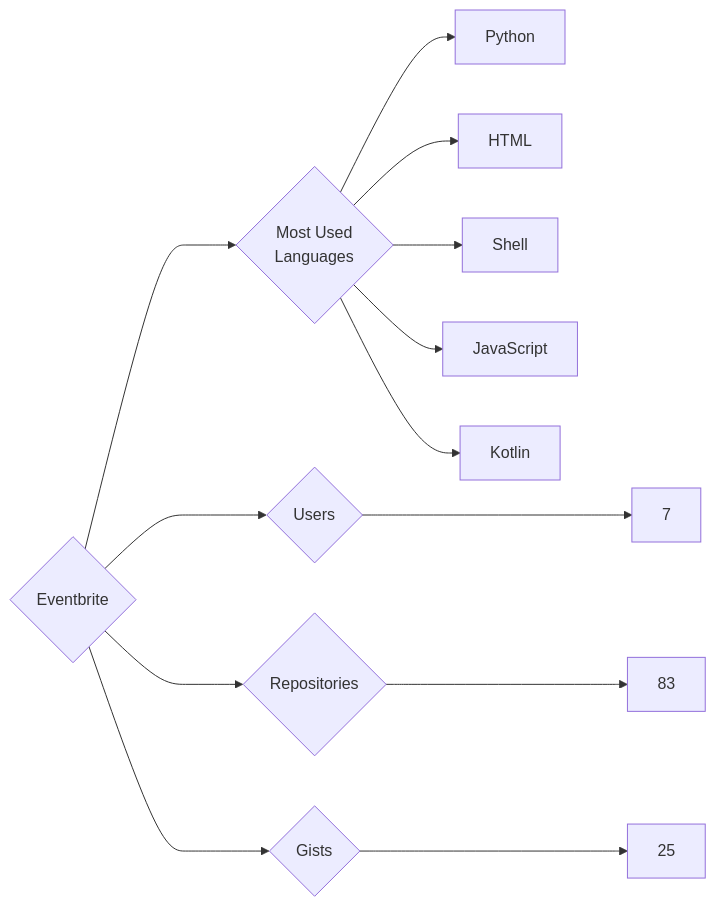
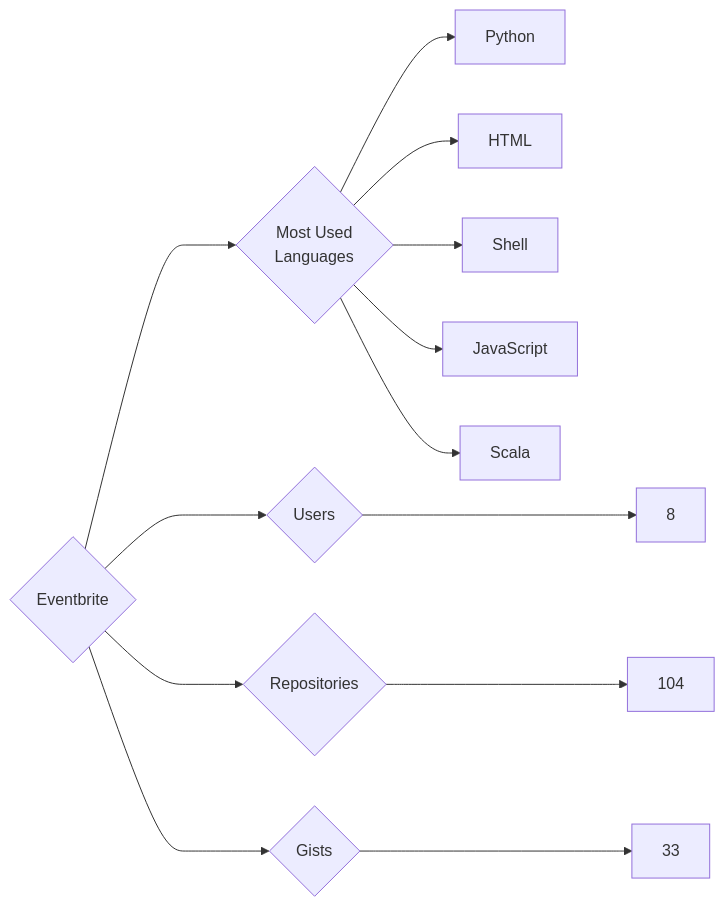
One commit to trickest/insiders changed the diagram in targets/Eventbrite/README.md. Above: the diagram before and after it, drawn with Mermaid. The commit also changed 1055 other files, not shown here.

````diff
--- a/targets/Eventbrite/README.md
+++ b/targets/Eventbrite/README.md
@@ -3,13 +3,13 @@
 ```mermaid
 graph LR
 COMPANY_NAME{Eventbrite}
-COMPANY_NAME ---> U{Users} ---> UN[7]
-COMPANY_NAME ---> R{Repositories} ---> RN[83]
-COMPANY_NAME ---> G{Gists} ---> GN[25]
+COMPANY_NAME ---> U{Users} ---> UN[8]
+COMPANY_NAME ---> R{Repositories} ---> RN[104]
+COMPANY_NAME ---> G{Gists} ---> GN[33]
 COMPANY_NAME ---> ML{Most Used<br>Languages}
 ML --> Python[Python]
 ML --> HTML[HTML]
 ML --> Shell[Shell]
 ML --> JavaScript[JavaScript]
-ML --> Kotlin[Kotlin]
+ML --> Scala[Scala]
 ```
````
